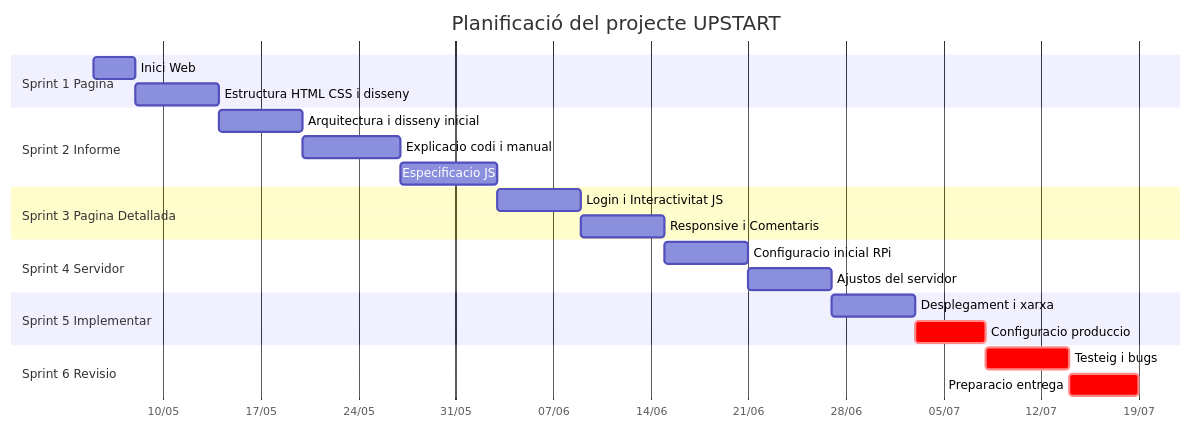
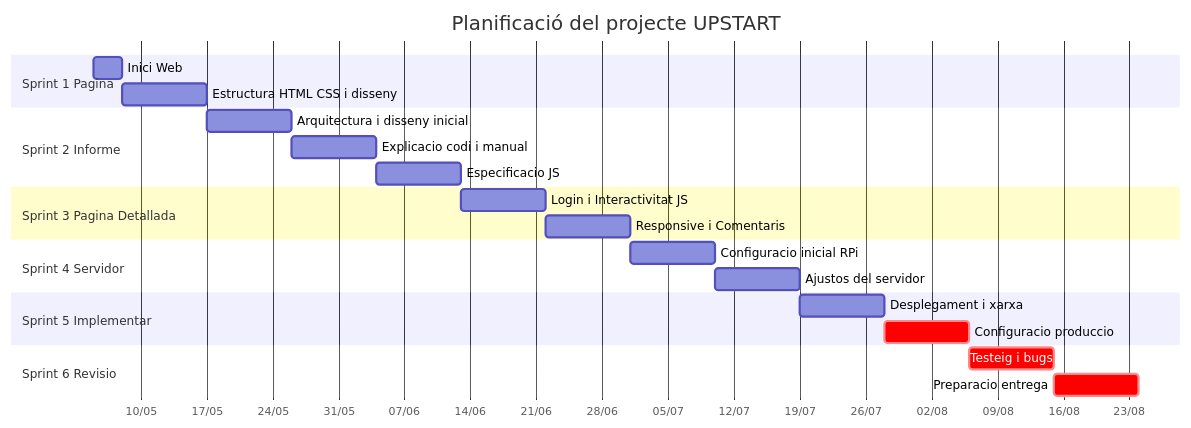
The diagram in README.md (Sukhdeep777/upstart), drawn with Mermaid before and after one commit.

````diff
--- a/README.md
+++ b/README.md
@@ -2,31 +2,31 @@
 ```mermaid
 gantt
     title Planificació del projecte UPSTART
     dateFormat  YYYY-MM-DD
     axisFormat  %d/%m
 
     section Sprint 1 Pagina
     Inici Web :s1t1, 2026-05-05, 3d
-    Estructura HTML CSS i disseny  :s1t2, after s1t1, 6d
+    Estructura HTML CSS i disseny  :s1t2, after s1t1, 9d
 
     section Sprint 2 Informe
-    Arquitectura i disseny inicial :s2t1, after s1t2, 6d
-    Explicacio codi i manual       :s2t2, after s2t1, 7d
-    Especificacio JS               :s2t3, after s2t2, 7d
+    Arquitectura i disseny inicial :s2t1, after s1t2, 9d
+    Explicacio codi i manual       :s2t2, after s2t1, 9d
+    Especificacio JS               :s2t3, after s2t2, 9d
 
     section Sprint 3 Pagina Detallada
-    Login i Interactivitat JS      :s3t1, after s2t3, 6d
-    Responsive i Comentaris        :s3t2, after s3t1, 6d
+    Login i Interactivitat JS      :s3t1, after s2t3, 9d
+    Responsive i Comentaris        :s3t2, after s3t1, 9d
 
     section Sprint 4 Servidor
-    Configuracio inicial RPi       :s4t1, after s3t2, 6d
-    Ajustos del servidor           :s4t2, after s4t1, 6d
+    Configuracio inicial RPi       :s4t1, after s3t2, 9d
+    Ajustos del servidor           :s4t2, after s4t1, 9d
 
     section Sprint 5 Implementar
-    Desplegament i xarxa           :s5t1, after s4t2, 6d
-    Configuracio produccio         :crit, s5t2, after s5t1, 5d
+    Desplegament i xarxa           :s5t1, after s4t2, 9d
+    Configuracio produccio         :crit, s5t2, after s5t1, 9d
 
     section Sprint 6 Revisio
-    Testeig i bugs                 :crit, s6t1, after s5t2, 6d
-    Preparacio entrega             :crit, s6t2, after s6t1, 5d
+    Testeig i bugs                 :crit, s6t1, after s5t2, 9d
+    Preparacio entrega             :crit, s6t2, after s6t1, 9d
 ```
````
